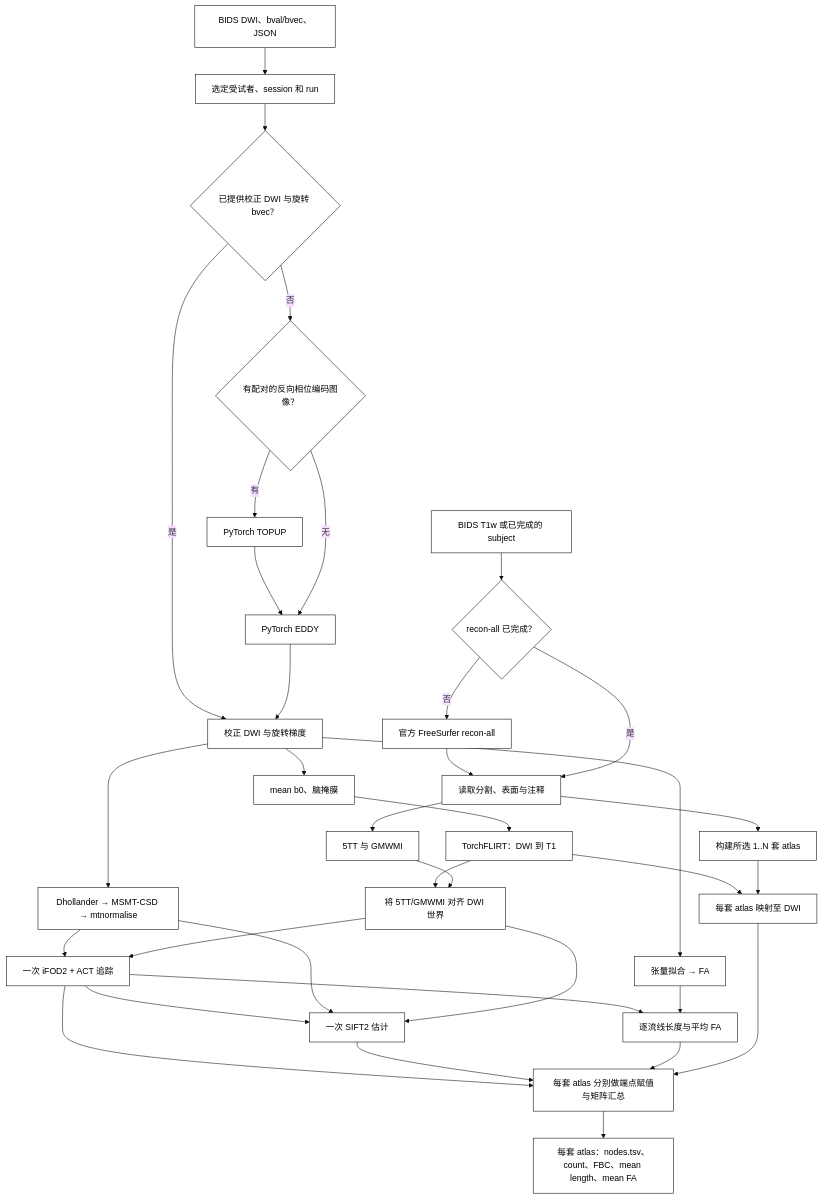
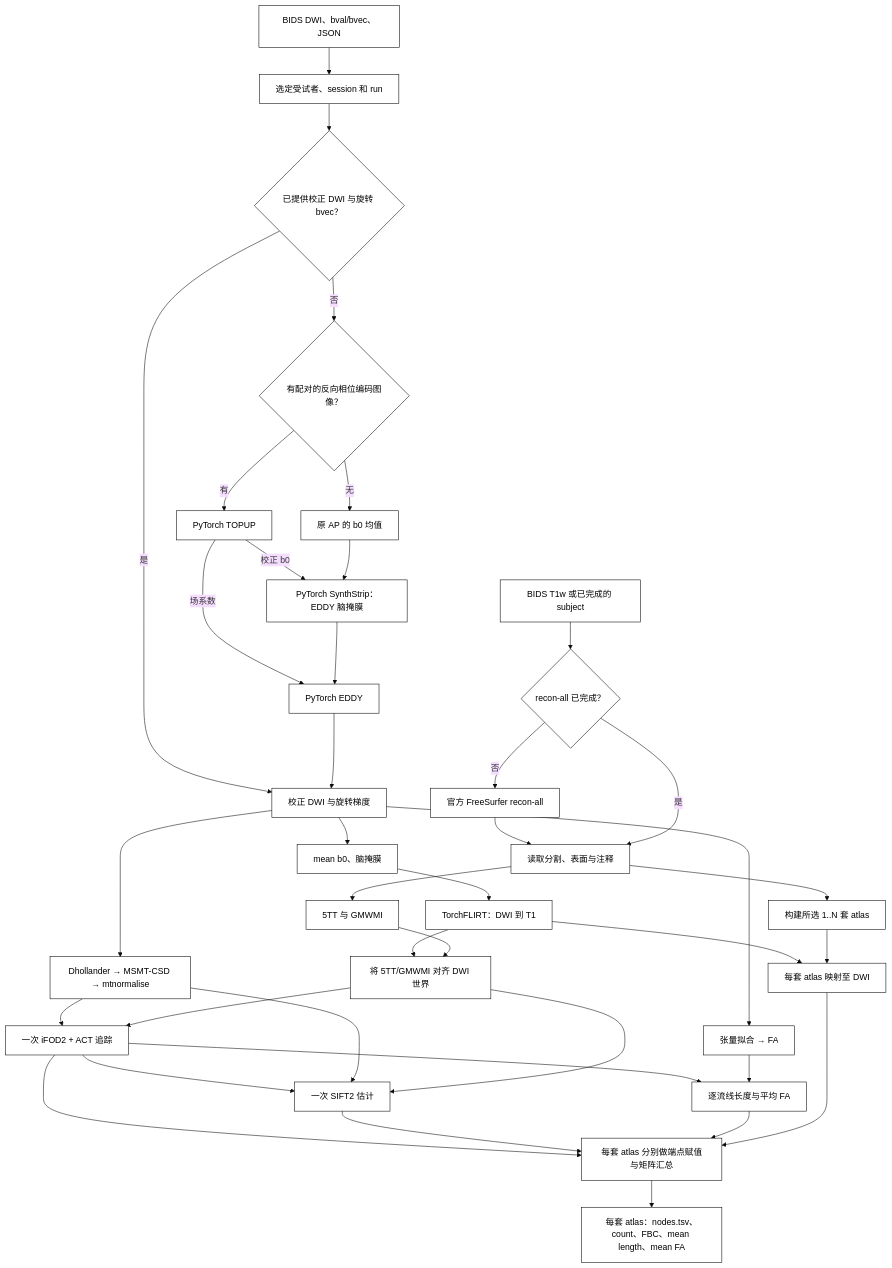
One commit to weikanggong1/Fudan-Neuroimaging-toolkit changed the diagram in docs/connectome/README.md. Above: the diagram before and after it, drawn with Mermaid (base theme). The commit also changed other lines of this file and 2 other files, not shown here.

````diff
--- a/docs/connectome/README.md
+++ b/docs/connectome/README.md
@@ -11,38 +13,41 @@
 ```mermaid
 flowchart TD
     B["BIDS DWI、bval/bvec、JSON"] --> SEL["选定受试者、session 和 run"]
     SEL --> CORR{"已提供校正 DWI 与旋转 bvec？"}
     CORR -- 是 --> DWI["校正 DWI 与旋转梯度"]
     CORR -- 否 --> REV{"有配对的反向相位编码图像？"}
-    REV -- 有 --> TOP["PyTorch TOPUP"] --> EDDY["PyTorch EDDY"]
-    REV -- 无 --> EDDY
+    REV -- 有 --> TOP["PyTorch TOPUP"]
+    TOP -- 校正 b0 --> STRIP["PyTorch SynthStrip：EDDY 脑掩膜"]
+    REV -- 无 --> APB0["原 AP 的 b0 均值"] --> STRIP
+    TOP -- 场系数 --> EDDY["PyTorch EDDY"]
+    STRIP --> EDDY
     EDDY --> DWI
 
     T1["BIDS T1w 或已完成的 subject"] --> FS{"recon-all 已完成？"}
     FS -- 否 --> RECON["官方 FreeSurfer recon-all"] --> ANAT["读取分割、表面与注释"]
     FS -- 是 --> ANAT
 
     DWI --> B0["mean b0、脑掩膜"] --> REG["TorchFLIRT：DWI 到 T1"]
     DWI --> FOD["Dhollander → MSMT-CSD → mtnormalise"]
     DWI --> FA["张量拟合 → FA"]
     ANAT --> TISSUE["5TT 与 GMWMI"]
     ANAT --> ATL["构建所选 1..N 套 atlas"]
     REG --> TISSUE_ALIGN["将 5TT/GMWMI 对齐 DWI 世界"]
     TISSUE --> TISSUE_ALIGN
     REG --> ATLAS_DWI["每套 atlas 映射至 DWI"]
     ATL --> ATLAS_DWI
 
     FOD --> TRACK["一次 iFOD2 + ACT 追踪"]
     TISSUE_ALIGN --> TRACK
     TRACK --> SIFT["一次 SIFT2 估计"]
     FOD --> SIFT
     TISSUE_ALIGN --> SIFT
     TRACK --> METRIC["逐流线长度与平均 FA"]
     FA --> METRIC
     TRACK --> MATRIX["每套 atlas 分别做端点赋值与矩阵汇总"]
     SIFT --> MATRIX
     METRIC --> MATRIX
     ATLAS_DWI --> MATRIX
     MATRIX --> OUT["每套 atlas：nodes.tsv、count、FBC、mean length、mean FA"]
     classDef default fill:#ffffff,stroke:#000000,color:#000000;
 ```
````
